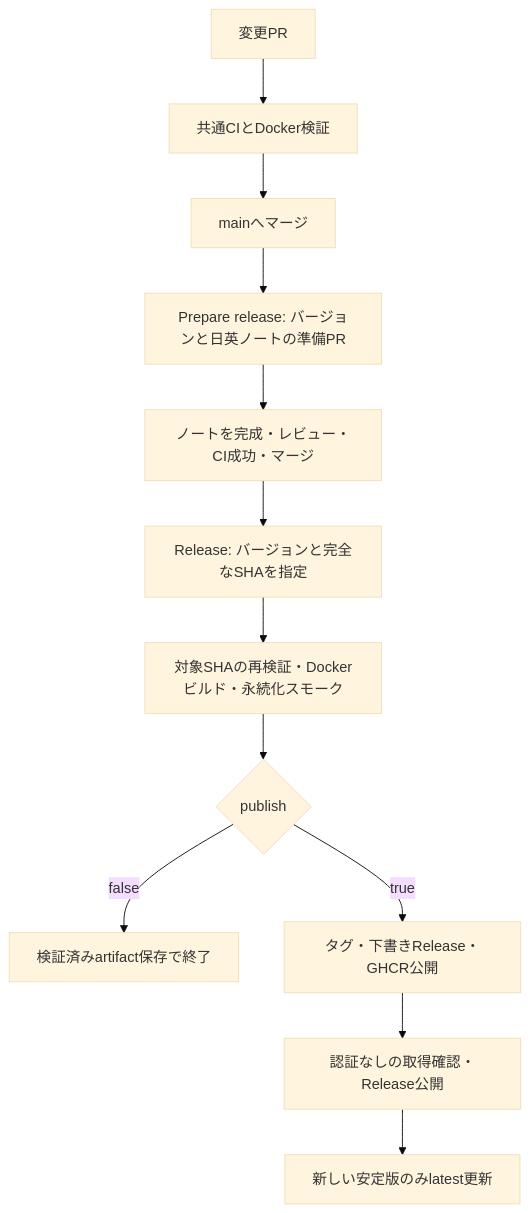
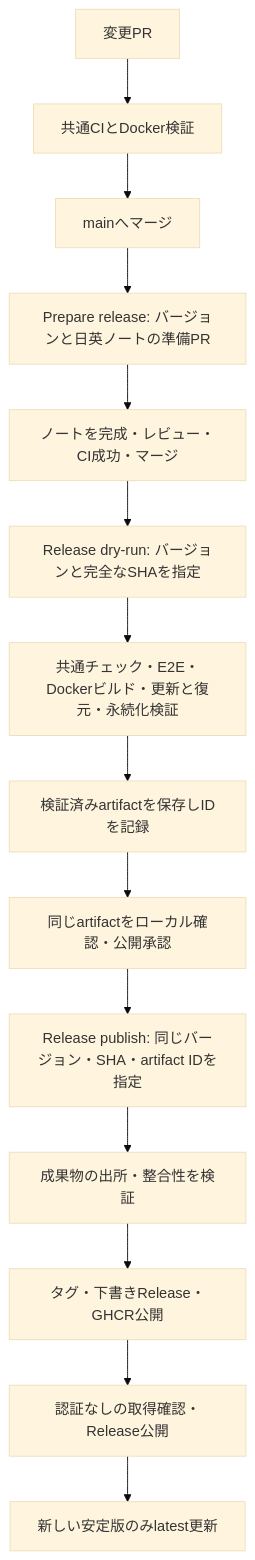
One commit to wamukat/kanbalone changed the diagram in docs/ja/developer/release-ci-plan.md. Above: the diagram before and after it, drawn with Mermaid (base theme). The commit also changed other lines of this file and 11 other files, not shown here.

Commit message:
ci: publish the exact verified release candidate (#47)

````diff
--- a/docs/ja/developer/release-ci-plan.md
+++ b/docs/ja/developer/release-ci-plan.md
@@ -7,14 +7,16 @@
 ```mermaid
 flowchart TD
   A[変更PR] --> B[共通CIとDocker検証]
   B --> C[mainへマージ]
   C --> D[Prepare release: バージョンと日英ノートの準備PR]
   D --> E[ノートを完成・レビュー・CI成功・マージ]
-  E --> F[Release: バージョンと完全なSHAを指定]
-  F --> G[対象SHAの再検証・Dockerビルド・永続化スモーク]
-  G --> H{publish}
-  H -->|false| I[検証済みartifact保存で終了]
-  H -->|true| J[タグ・下書きRelease・GHCR公開]
-  J --> K[認証なしの取得確認・Release公開]
-  K --> L[新しい安定版のみlatest更新]
+  E --> F[Release dry-run: バージョンと完全なSHAを指定]
+  F --> G[共通チェック・E2E・Dockerビルド・更新と復元・永続化検証]
+  G --> H[検証済みartifactを保存しIDを記録]
+  H --> I[同じartifactをローカル確認・公開承認]
+  I --> J[Release publish: 同じバージョン・SHA・artifact IDを指定]
+  J --> K[成果物の出所・整合性を検証]
+  K --> L[タグ・下書きRelease・GHCR公開]
+  L --> M[認証なしの取得確認・Release公開]
+  M --> N[新しい安定版のみlatest更新]
 ```
````
